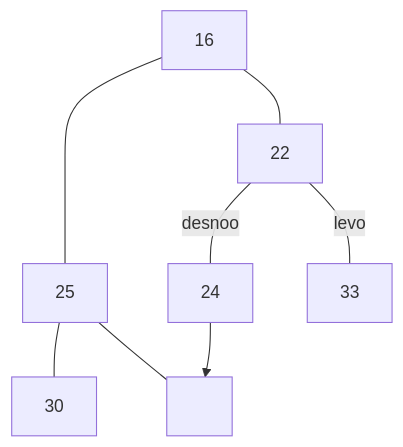
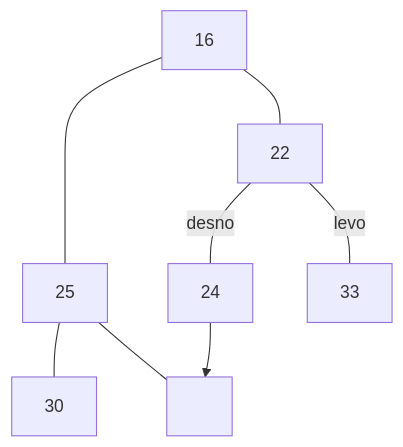
One commit to Tiggax/Zapiski changed the seventh of 9 diagrams in 2. Letnik/Podatkovne strukture in algoritmi/vaje 8-12-2021.md. Above: the diagram before and after it, drawn with Mermaid. The commit also changed other lines of this file, not shown here.

````diff
--- a/2. Letnik/Podatkovne strukture in algoritmi/vaje 8-12-2021.md
+++ b/2. Letnik/Podatkovne strukture in algoritmi/vaje 8-12-2021.md
@@ -69,10 +69,10 @@
 ```mermaid
 graph TD
 16---25
 16---22
 22-- levo ---33
-22-- desnoo ---24
+22-- desno ---24
 25---30
 25---X[<br>]
 24-->X
 ```
````
